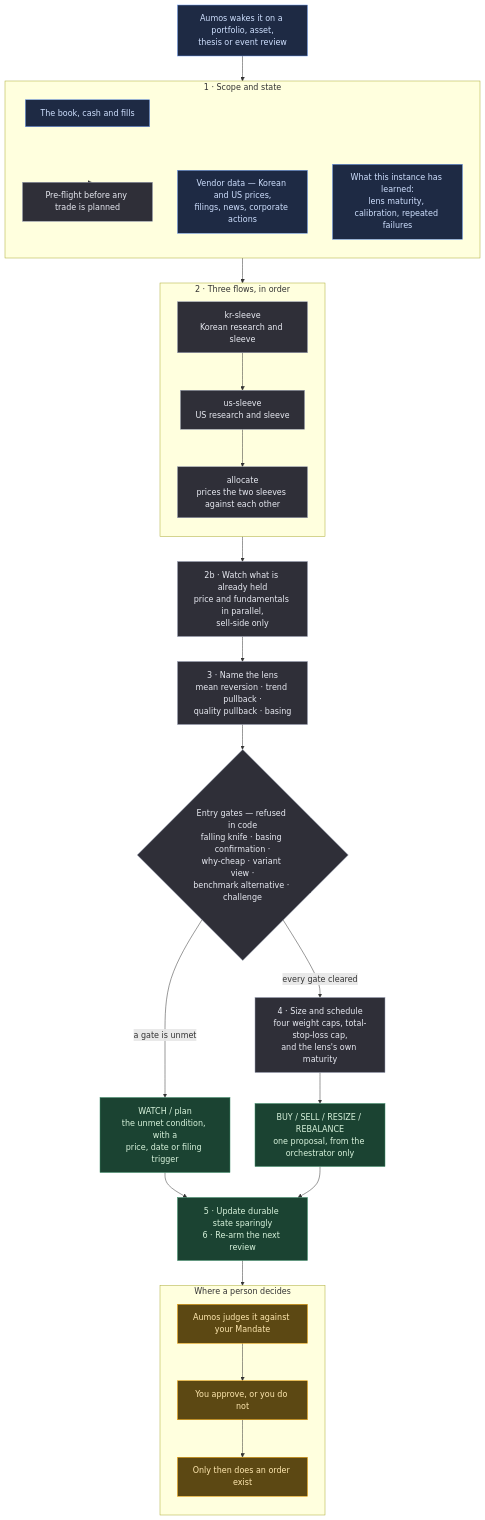
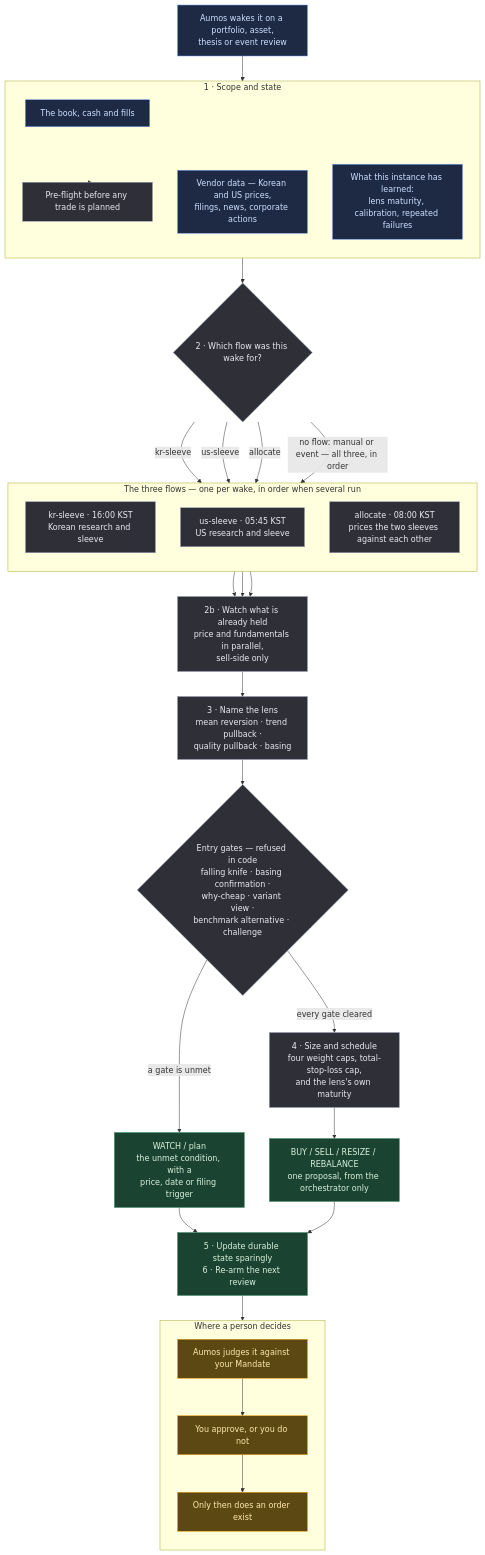
Before and after one commit to untilled/aumos-catalogue: the diagram in managers/evidence-gated/README.md, drawn with Mermaid. The commit also changed other lines of this file and 13 other files, not shown here.

First line of the commit message:
fix(evidence-gated): 웨이크가 자기 flow를 싣고 오고, 오케스트레이터가 그것만 돌린다

````diff
--- a/managers/evidence-gated/README.md
+++ b/managers/evidence-gated/README.md
@@ -104,52 +126,61 @@
 ```mermaid
 flowchart TB
     classDef reads fill:#1e2a44,stroke:#6f9bf0,color:#cfe0ff
     classDef judges fill:#2f2f38,stroke:#9aa0b4,color:#e8eaf2
     classDef proposes fill:#1b4332,stroke:#40916c,color:#d8f3dc
     classDef person fill:#5c4813,stroke:#f6a609,color:#ffe8b0
 
     WAKE["Aumos wakes it on a portfolio, asset,<br/>thesis or event review"]:::reads
 
     subgraph IN["1 · Scope and state"]
         direction TB
         BOOK["The book, cash and fills"]:::reads
         SRC["Vendor data — Korean and US prices,<br/>filings, news, corporate actions"]:::reads
         MEM["What this instance has learned:<br/>lens maturity, calibration, repeated failures"]:::reads
         PRE["Pre-flight before any trade is planned"]:::judges
     end
 
-    subgraph FLOWS["2 · Three flows, in order"]
+    WHICH{"2 · Which flow was this wake for?"}:::judges
+
+    subgraph FLOWS["The three flows — one per wake, in order when several run"]
         direction TB
-        KR["kr-sleeve<br/>Korean research and sleeve"]:::judges
-        US["us-sleeve<br/>US research and sleeve"]:::judges
-        AL["allocate<br/>prices the two sleeves against each other"]:::judges
+        KR["kr-sleeve · 16:00 KST<br/>Korean research and sleeve"]:::judges
+        US["us-sleeve · 05:45 KST<br/>US research and sleeve"]:::judges
+        AL["allocate · 08:00 KST<br/>prices the two sleeves against each other"]:::judges
     end
 
     HOLD["2b · Watch what is already held<br/>price and fundamentals in parallel,<br/>sell-side only"]:::judges
 
     LENS["3 · Name the lens<br/>mean reversion · trend pullback ·<br/>quality pullback · basing"]:::judges
 
     GATE{"Entry gates — refused in code<br/>falling knife · basing confirmation ·<br/>why-cheap · variant view ·<br/>benchmark alternative · challenge"}:::judges
 
     SIZE["4 · Size and schedule<br/>four weight caps, total-stop-loss cap,<br/>and the lens's own maturity"]:::judges
 
     WATCH["WATCH / plan<br/>the unmet condition, with a<br/>price, date or filing trigger"]:::proposes
     ACT["BUY / SELL / RESIZE / REBALANCE<br/>one proposal, from the orchestrator only"]:::proposes
 
     LEARN["5 · Update durable state sparingly<br/>6 · Re-arm the next review"]:::proposes
 
     subgraph HUMAN["Where a person decides"]
         direction TB
         MAND["Aumos judges it against your Mandate"]:::person
         YOU["You approve, or you do not"]:::person
         ORD["Only then does an order exist"]:::person
     end
 
-    WAKE --> IN --> PRE --> KR --> US --> AL
-    AL --> HOLD --> LENS --> GATE
+    WAKE --> IN --> PRE --> WHICH
+    WHICH -- "kr-sleeve" --> KR
+    WHICH -- "us-sleeve" --> US
+    WHICH -- "allocate" --> AL
+    WHICH -- "no flow: manual or event — all three, in order" --> FLOWS
+    KR --> HOLD
+    US --> HOLD
+    AL --> HOLD
+    HOLD --> LENS --> GATE
     GATE -- "a gate is unmet" --> WATCH
     GATE -- "every gate cleared" --> SIZE --> ACT
     WATCH --> LEARN
     ACT --> LEARN
     LEARN --> MAND --> YOU --> ORD
 ```
````
